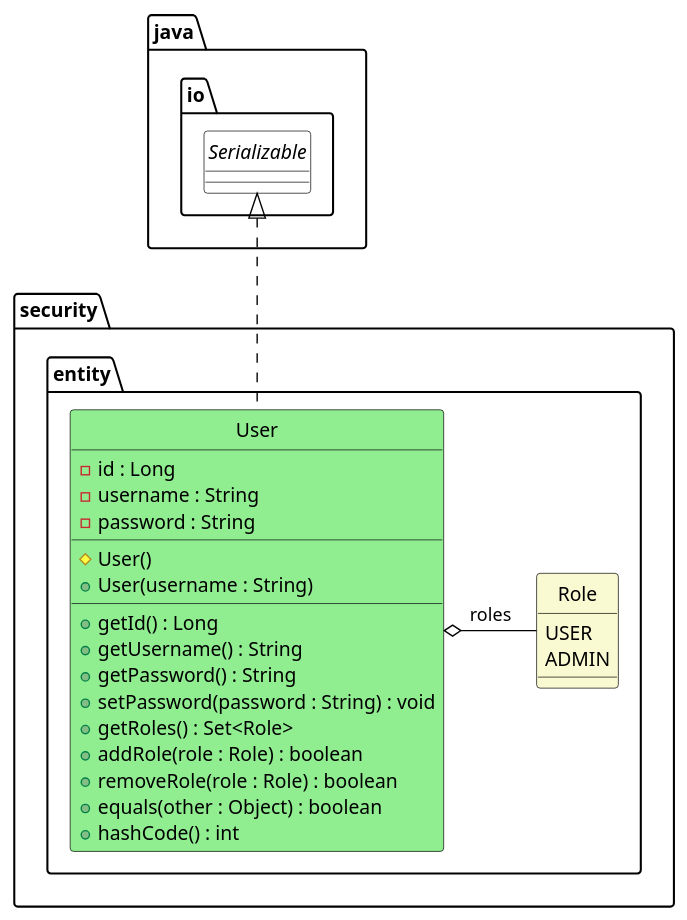
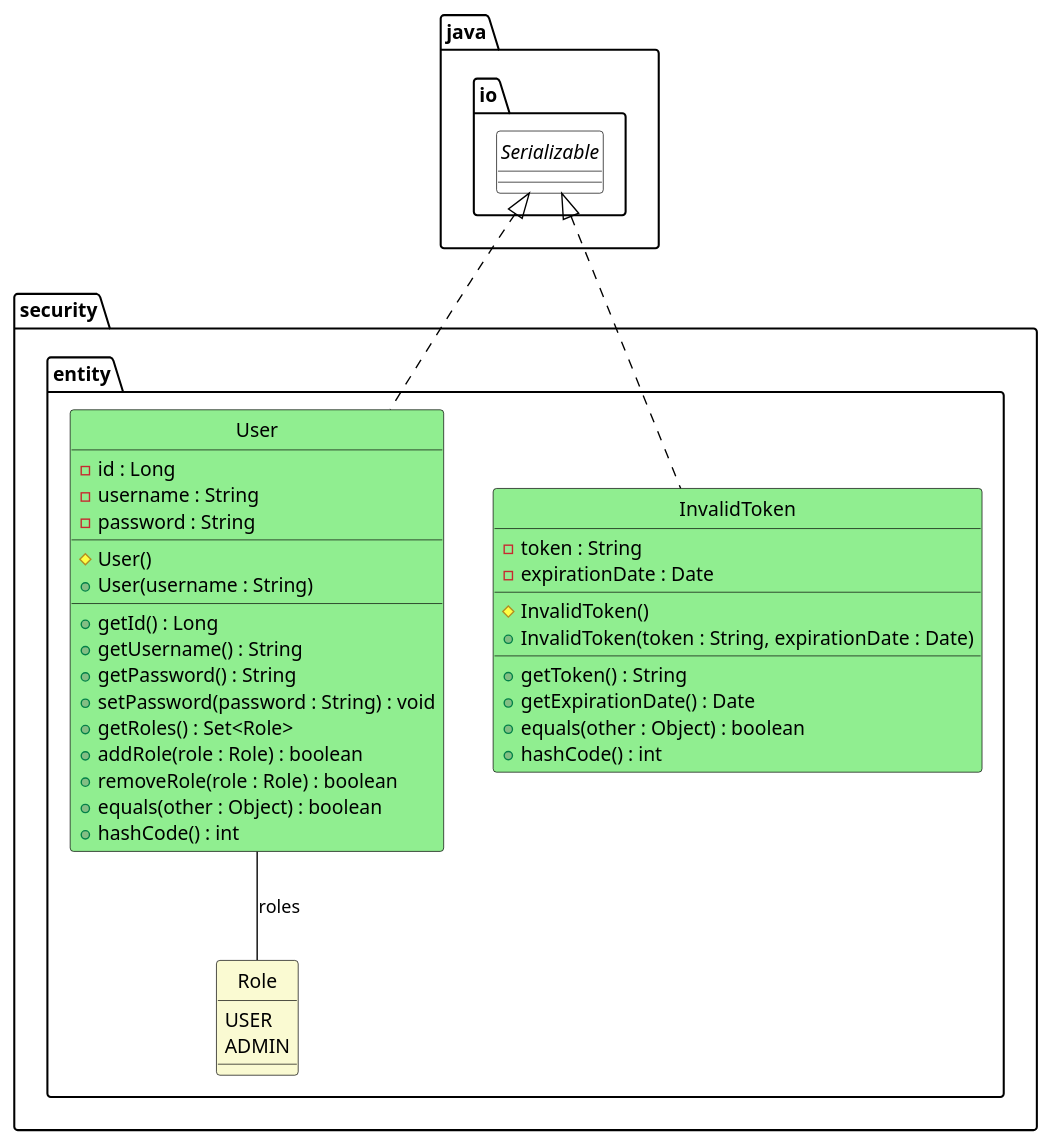
Before and after one commit to nderwin/lee7: the diagram in diagrams/security-entities.puml, drawn with PlantUML. The commit also changed 1 other file, not shown here.

Commit message:
- diagram formatting

```diff
--- a/diagrams/security-entities.puml
+++ b/diagrams/security-entities.puml
@@ -1,49 +1,64 @@
 @startuml
 
 hide circle
 hide stereotype
 
 skinparam class {
     ArrowColor black
     BackgroundColor white
     BackgroundColor<<Description>> lightblue
     BackgroundColor<<MomentInterval>> pink
     BackgroundColor<<Role>> lightgoldenrodyellow
     BackgroundColor<<PersonPlaceThing>> lightgreen
     BorderColor black
 }
 
 package java.io {
     interface Serializable
 }
 
 package security.entity <<Folder>> {
     enum Role<<Role>> {
         USER
         ADMIN
     }
 
     class User<<PersonPlaceThing>> {
         -id : Long
         -username : String
         -password : String
         __
         #User()
         +User(username : String)
         __
         +getId() : Long
         +getUsername() : String
         +getPassword() : String
         +setPassword(password : String) : void
         +getRoles() : Set<Role>
         +addRole(role : Role) : boolean
         +removeRole(role : Role) : boolean
         +equals(other : Object) : boolean
         +hashCode() : int
     }
 
     User .up.|> Serializable
-    User o-right- Role : roles
+    User -down- Role : roles
+
+    class InvalidToken<<PersonPlaceThing>> {
+        -token : String
+        -expirationDate : Date
+        __
+        #InvalidToken()
+        +InvalidToken(token : String, expirationDate : Date)
+        __
+        +getToken() : String
+        +getExpirationDate() : Date
+        +equals(other : Object) : boolean
+        +hashCode() : int
+    }
+
+    InvalidToken .up.|> Serializable
 }
 
 @enduml
```
